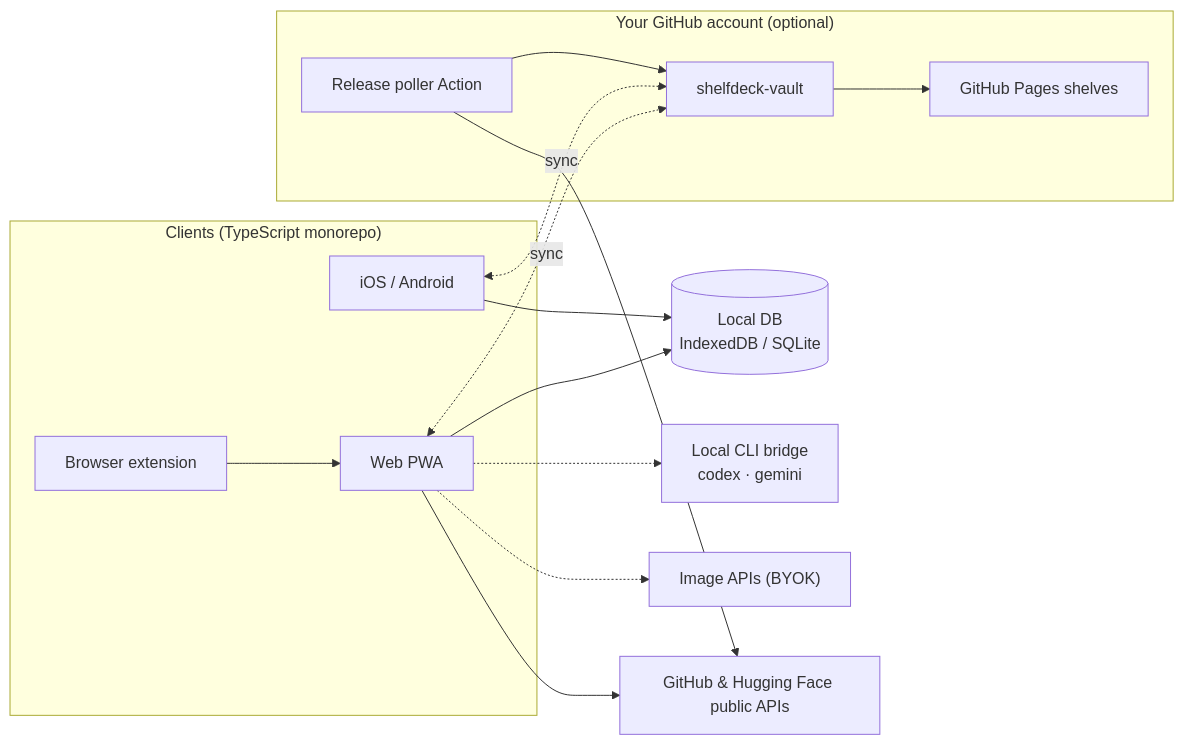
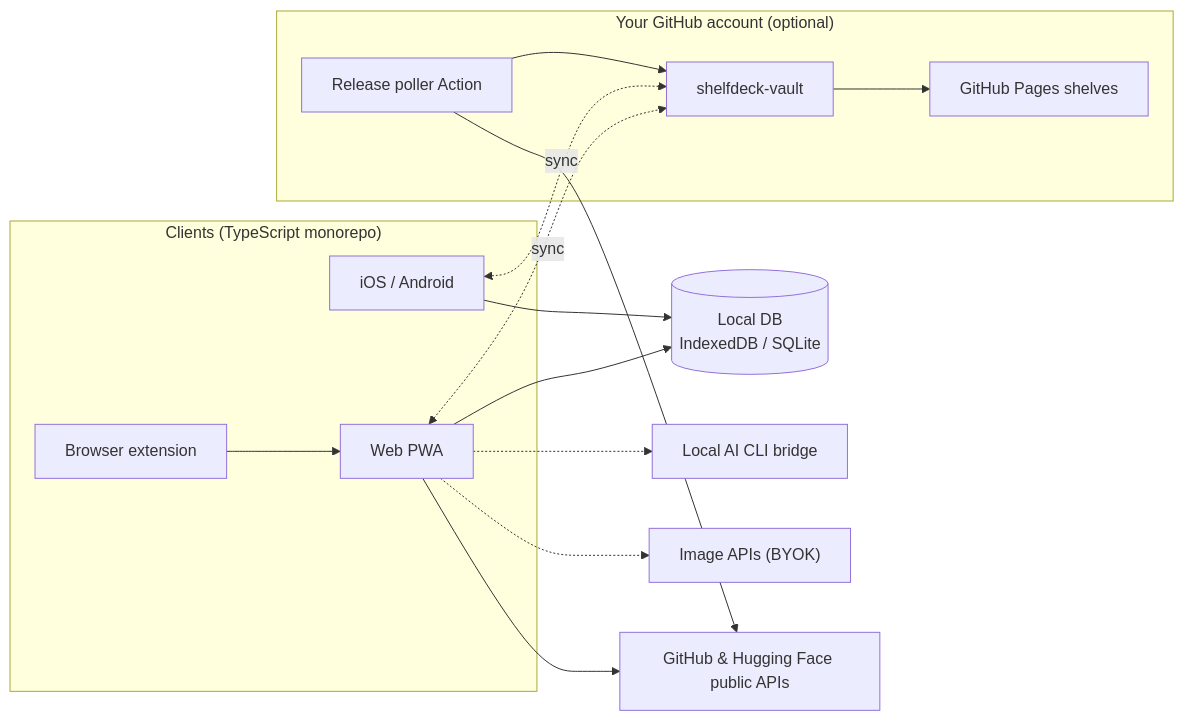
Before and after one commit to datarecoveryexpert/shelfdeck: the diagram in README.md, drawn with Mermaid. The commit also changed other lines of this file and 6 other files, not shown here.

````diff
--- a/README.md
+++ b/README.md
@@ -142,29 +142,29 @@
 ```mermaid
 flowchart LR
     subgraph Clients["Clients (TypeScript monorepo)"]
         Web["Web PWA"]
         Mobile["iOS / Android"]
         Ext["Browser extension"]
     end
     Local[("Local DB<br/>IndexedDB / SQLite")]
-    Bridge["Local CLI bridge<br/>codex · gemini"]
+    Bridge["Local AI CLI bridge"]
     BYOK["Image APIs (BYOK)"]
     subgraph GH["Your GitHub account (optional)"]
         Vault["shelfdeck-vault"]
         Action["Release poller Action"]
         Pages["GitHub Pages shelves"]
     end
     Upstream["GitHub & Hugging Face public APIs"]
 
     Web --> Local
     Mobile --> Local
     Ext --> Web
     Web -.-> Bridge
     Web -.-> BYOK
     Web <-.->|sync| Vault
     Mobile <-.->|sync| Vault
     Action --> Vault
     Vault --> Pages
     Web --> Upstream
     Action --> Upstream
 ```
````
